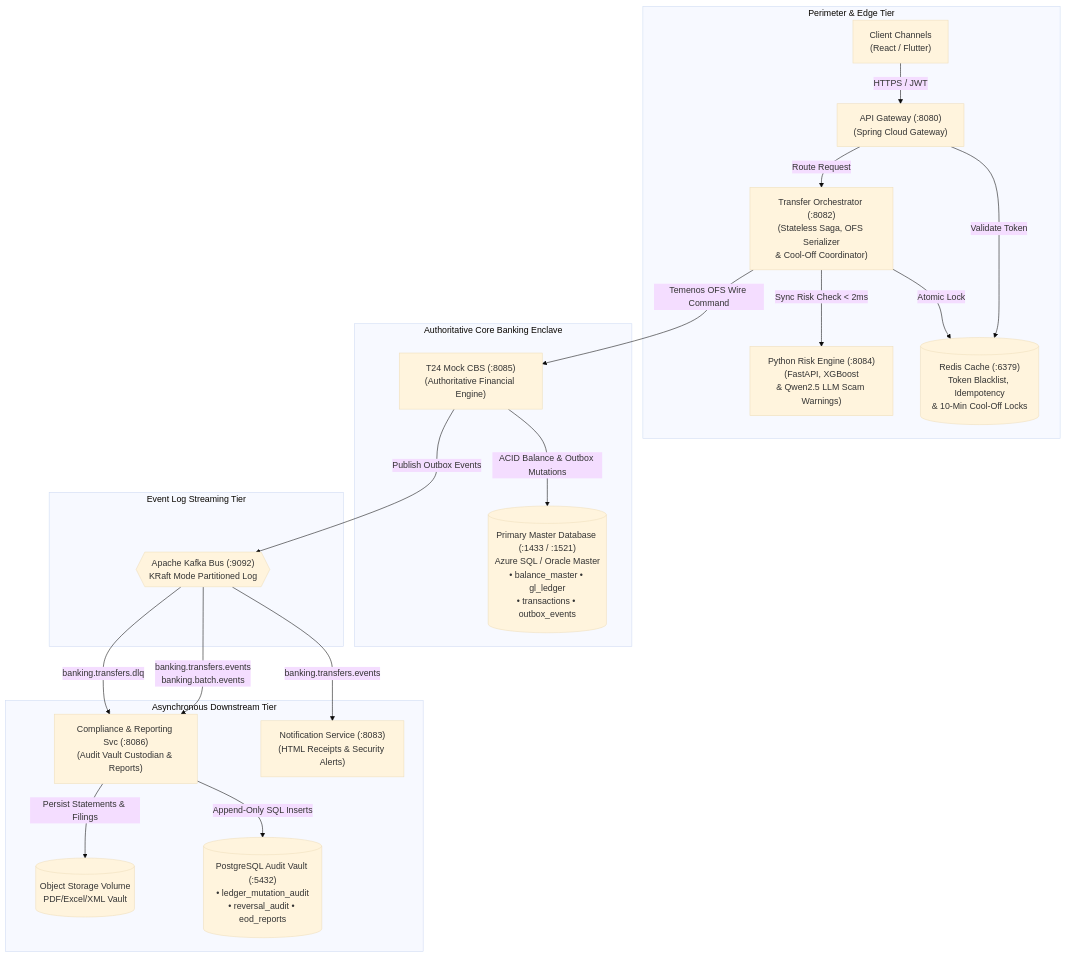
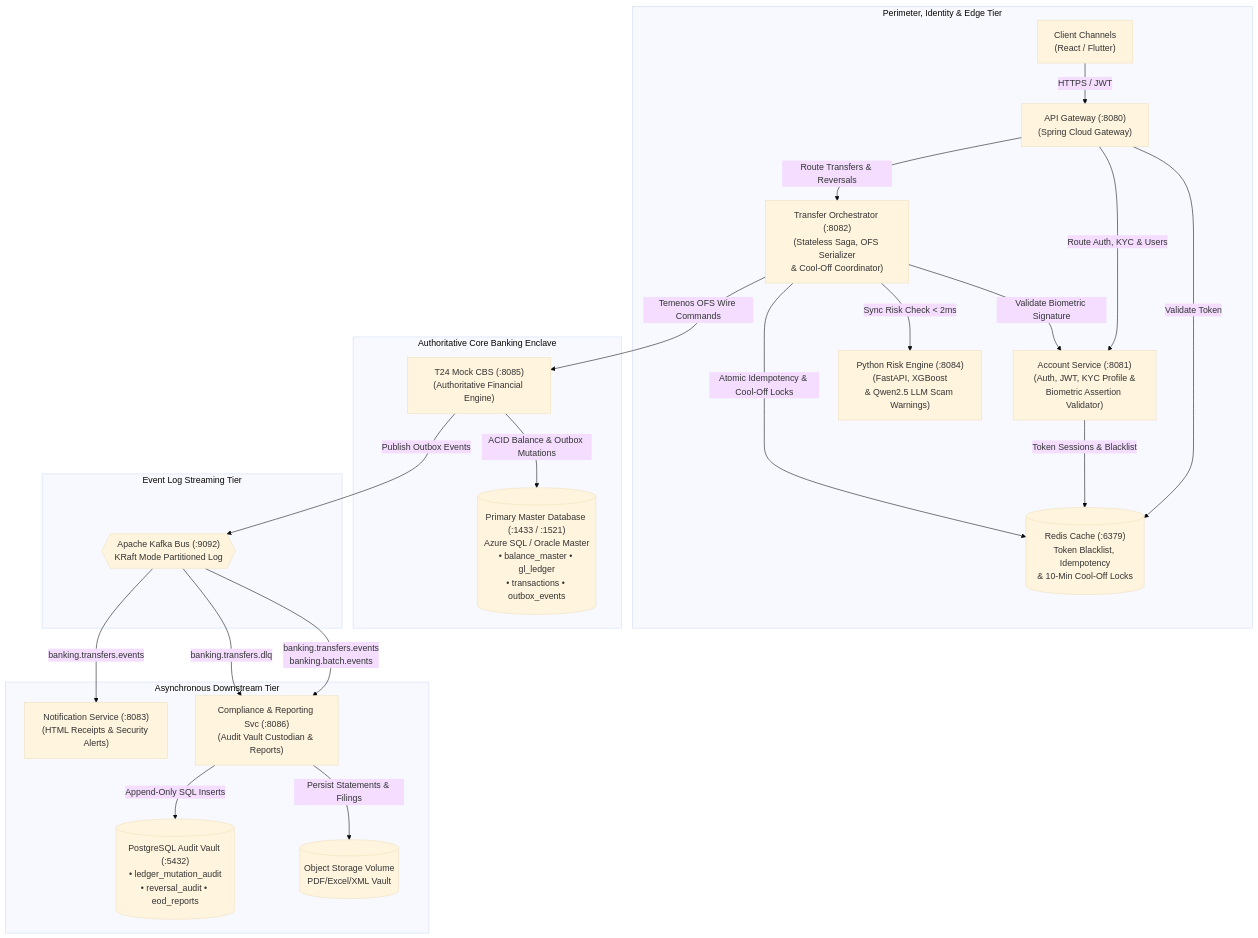
The first of 25 diagrams in docs/architecture/TARGET_ARCHITECTURE_TRANSITION_DESIGN.md (romzelmadidev/group3_fse_capstone), drawn with Mermaid (base theme) before and after one commit. The commit also changed other lines of this file and 1 other file, not shown here.

Commit message:
Committed current T24 target architecture document

````diff
--- a/docs/architecture/TARGET_ARCHITECTURE_TRANSITION_DESIGN.md
+++ b/docs/architecture/TARGET_ARCHITECTURE_TRANSITION_DESIGN.md
@@ -32,40 +32,44 @@
 ```mermaid
 flowchart TD
-    subgraph Edge_Tier["Perimeter & Edge Tier"]
+    subgraph Edge_Tier["Perimeter, Identity & Edge Tier"]
         UI["Client Channels<br/>(React / Flutter)"]
         GW["API Gateway (:8080)<br/>(Spring Cloud Gateway)"]
+        ACCT["Account Service (:8081)<br/>(Auth, JWT, KYC Profile &<br/>Biometric Assertion Validator)"]
         REDIS[("Redis Cache (:6379)<br/>Token Blacklist, Idempotency<br/>& 10-Min Cool-Off Locks")]
         ORCH["Transfer Orchestrator (:8082)<br/>(Stateless Saga, OFS Serializer<br/>& Cool-Off Coordinator)"]
         RISK["Python Risk Engine (:8084)<br/>(FastAPI, XGBoost<br/>& Qwen2.5 LLM Scam Warnings)"]
     end
 
     subgraph Core_Enclave["Authoritative Core Banking Enclave"]
         CBS["T24 Mock CBS (:8085)<br/>(Authoritative Financial Engine)"]
         MASTER_DB[("Primary Master Database (:1433 / :1521)<br/>Azure SQL / Oracle Master<br/>• balance_master • gl_ledger<br/>• transactions • outbox_events")]
     end
 
     subgraph Event_Log["Event Log Streaming Tier"]
         KAFKA{{"Apache Kafka Bus (:9092)<br/>KRaft Mode Partitioned Log"}}
     end
 
     subgraph Async_Subscribers["Asynchronous Downstream Tier"]
         NOTIF["Notification Service (:8083)<br/>(HTML Receipts & Security Alerts)"]
         COMP["Compliance & Reporting Svc (:8086)<br/>(Audit Vault Custodian & Reports)"]
         AUDIT_DB[("PostgreSQL Audit Vault (:5432)<br/>• ledger_mutation_audit<br/>• reversal_audit • eod_reports")]
         STORAGE[("Object Storage Volume<br/>PDF/Excel/XML Vault")]
     end
 
     UI -->|HTTPS / JWT| GW
     GW -->|Validate Token| REDIS
-    GW -->|Route Request| ORCH
-    ORCH -->|Atomic Lock| REDIS
+    GW -->|Route Auth, KYC & Users| ACCT
+    GW -->|Route Transfers & Reversals| ORCH
+    ACCT -->|Token Sessions & Blacklist| REDIS
+    ORCH -->|Validate Biometric Signature| ACCT
+    ORCH -->|Atomic Idempotency & Cool-Off Locks| REDIS
     ORCH -->|Sync Risk Check < 2ms| RISK
-    ORCH -->|Temenos OFS Wire Command| CBS
+    ORCH -->|Temenos OFS Wire Commands| CBS
     CBS -->|ACID Balance & Outbox Mutations| MASTER_DB
     CBS -->|Publish Outbox Events| KAFKA
     KAFKA -->|banking.transfers.events| NOTIF
     KAFKA -->|banking.transfers.events<br/>banking.batch.events| COMP
     KAFKA -->|banking.transfers.dlq| COMP
     COMP -->|Append-Only SQL Inserts| AUDIT_DB
     COMP -->|Persist Statements & Filings| STORAGE
 ```
````
